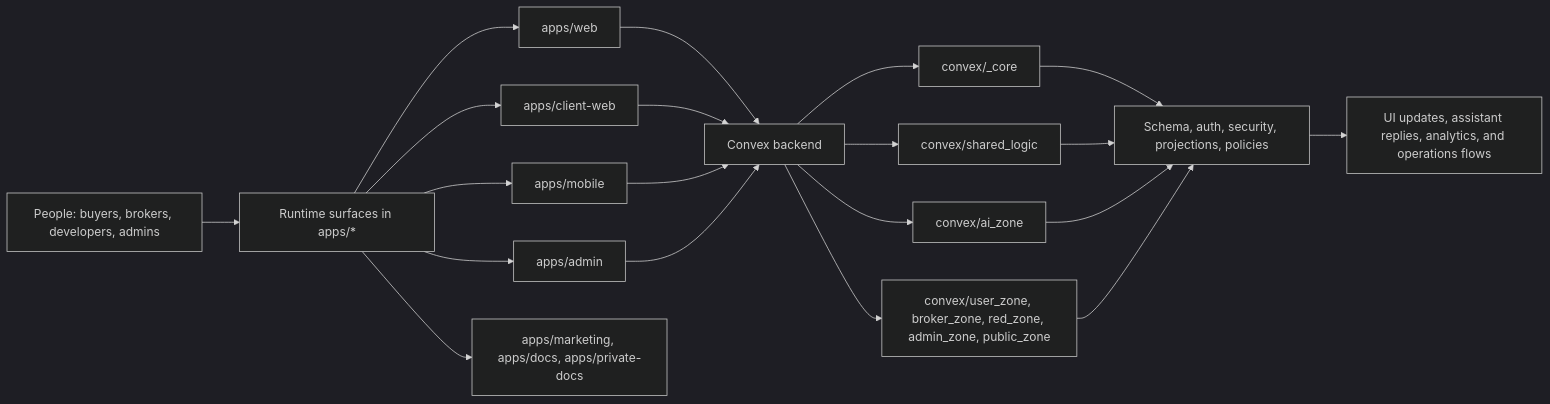
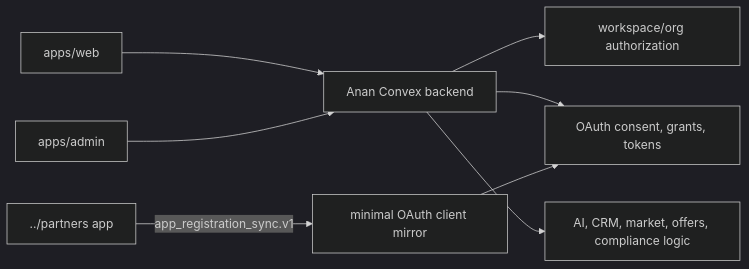
Before and after one commit to Up-to-code/anan-ai: the first of 2 diagrams in README.md, drawn with Mermaid (dark theme). The commit also changed other lines of this file, not shown here.

````diff
--- a/README.md
+++ b/README.md
@@ -21,26 +20,10 @@
 ```mermaid
 flowchart LR
-    A["People: buyers, brokers, developers, admins"] --> B["Runtime surfaces in apps/*"]
-    B --> B1["apps/web"]
-    B --> B2["apps/client-web"]
-    B --> B3["apps/mobile"]
-    B --> B4["apps/admin"]
-    B --> B5["apps/marketing, apps/docs, apps/private-docs"]
-
-    B1 --> C["Convex backend"]
-    B2 --> C
-    B3 --> C
-    B4 --> C
-
-    C --> D1["convex/_core"]
-    C --> D2["convex/shared_logic"]
-    C --> D3["convex/ai_zone"]
-    C --> D4["convex/user_zone, broker_zone, red_zone, admin_zone, public_zone"]
-
-    D1 --> E["Schema, auth, security, projections, policies"]
-    D2 --> E
-    D3 --> E
-    D4 --> E
-
-    E --> F["UI updates, assistant replies, analytics, and operations flows"]
+    A["apps/web"] --> C["Anan Convex backend"]
+    B["apps/admin"] --> C
+    C --> D["workspace/org authorization"]
+    C --> E["OAuth consent, grants, tokens"]
+    C --> F["AI, CRM, market, offers, compliance logic"]
+    P["../partners app"] -->|app_registration_sync.v1| M["minimal OAuth client mirror"]
+    M --> E
 ```
````
